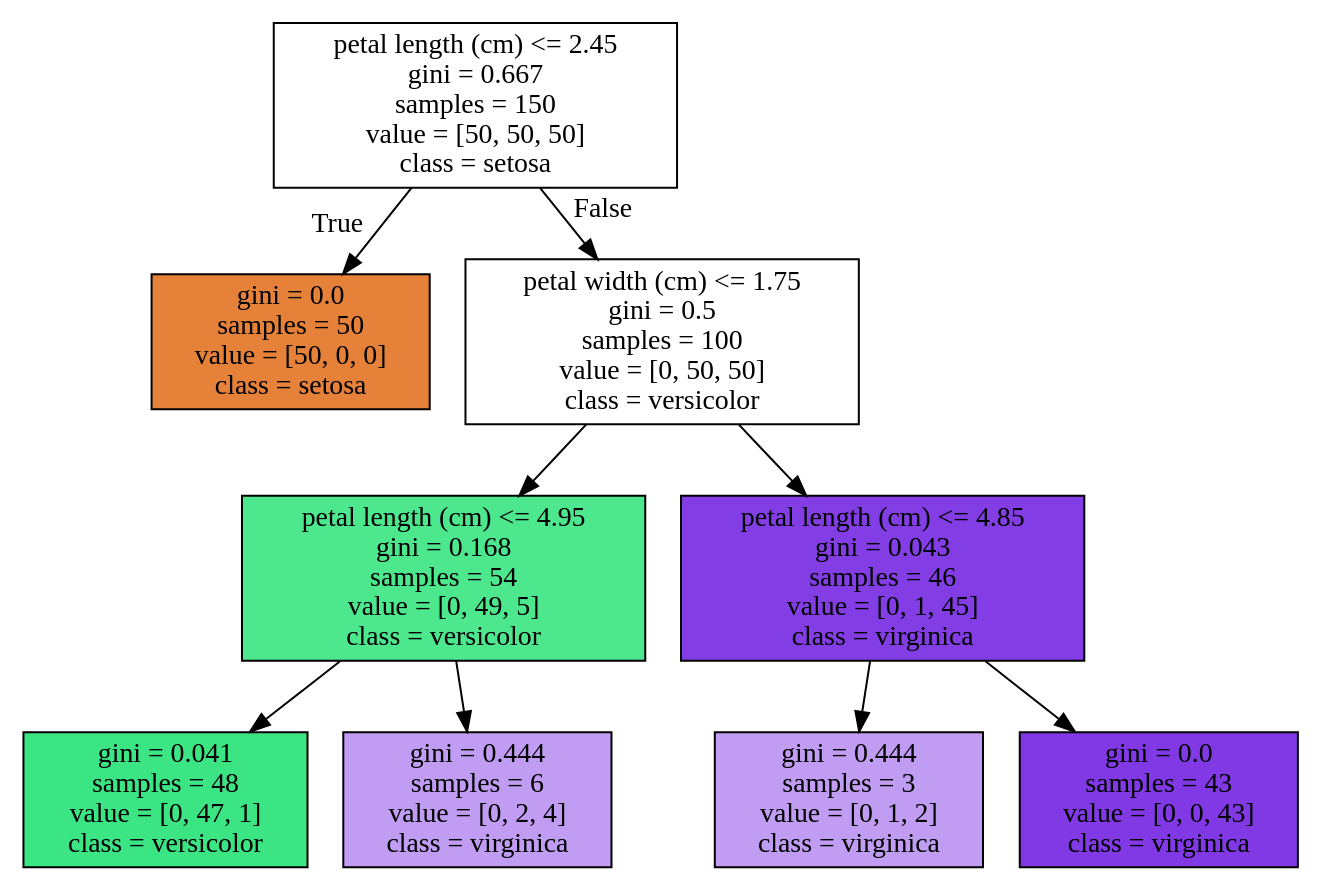
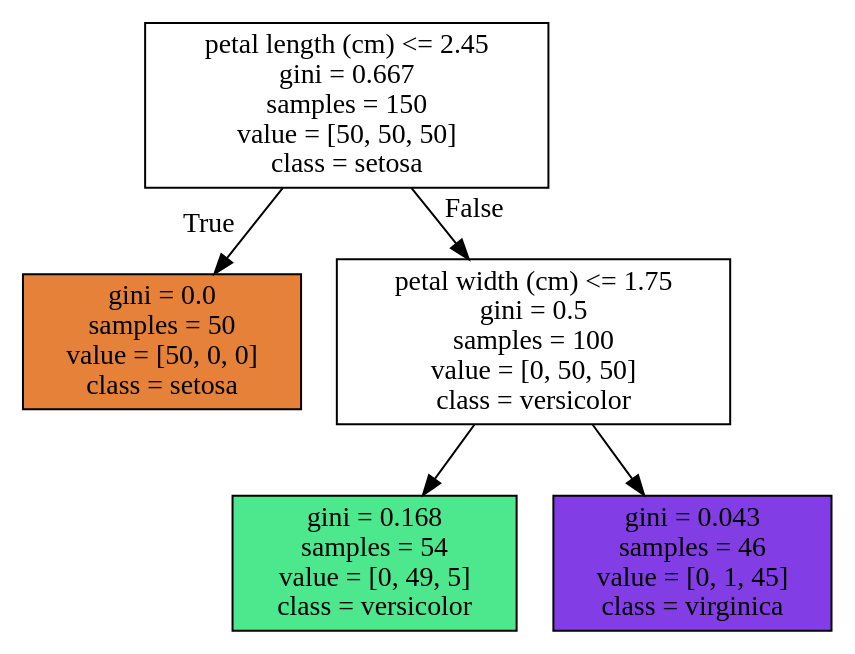
The diagram in Homebrew/decisionTree.dot (mGalarnyk/Installations_Mac_Ubuntu_Windows), drawn with Graphviz before and after one commit. The commit also changed 6 other files, not shown here.

```diff
--- a/Homebrew/decisionTree.dot
+++ b/Homebrew/decisionTree.dot
@@ -1,20 +1,12 @@
 digraph Tree {
 node [shape=box, style="filled", color="black"] ;
 0 [label="petal length (cm) <= 2.45\ngini = 0.667\nsamples = 150\nvalue = [50, 50, 50]\nclass = setosa", fillcolor="#e5813900"] ;
 1 [label="gini = 0.0\nsamples = 50\nvalue = [50, 0, 0]\nclass = setosa", fillcolor="#e58139ff"] ;
 0 -> 1 [labeldistance=2.5, labelangle=45, headlabel="True"] ;
 2 [label="petal width (cm) <= 1.75\ngini = 0.5\nsamples = 100\nvalue = [0, 50, 50]\nclass = versicolor", fillcolor="#39e58100"] ;
 0 -> 2 [labeldistance=2.5, labelangle=-45, headlabel="False"] ;
-3 [label="petal length (cm) <= 4.95\ngini = 0.168\nsamples = 54\nvalue = [0, 49, 5]\nclass = versicolor", fillcolor="#39e581e5"] ;
+3 [label="gini = 0.168\nsamples = 54\nvalue = [0, 49, 5]\nclass = versicolor", fillcolor="#39e581e5"] ;
 2 -> 3 ;
-4 [label="gini = 0.041\nsamples = 48\nvalue = [0, 47, 1]\nclass = versicolor", fillcolor="#39e581fa"] ;
-3 -> 4 ;
-5 [label="gini = 0.444\nsamples = 6\nvalue = [0, 2, 4]\nclass = virginica", fillcolor="#8139e57f"] ;
-3 -> 5 ;
-6 [label="petal length (cm) <= 4.85\ngini = 0.043\nsamples = 46\nvalue = [0, 1, 45]\nclass = virginica", fillcolor="#8139e5f9"] ;
-2 -> 6 ;
-7 [label="gini = 0.444\nsamples = 3\nvalue = [0, 1, 2]\nclass = virginica", fillcolor="#8139e57f"] ;
-6 -> 7 ;
-8 [label="gini = 0.0\nsamples = 43\nvalue = [0, 0, 43]\nclass = virginica", fillcolor="#8139e5ff"] ;
-6 -> 8 ;
+4 [label="gini = 0.043\nsamples = 46\nvalue = [0, 1, 45]\nclass = virginica", fillcolor="#8139e5f9"] ;
+2 -> 4 ;
 }
```
